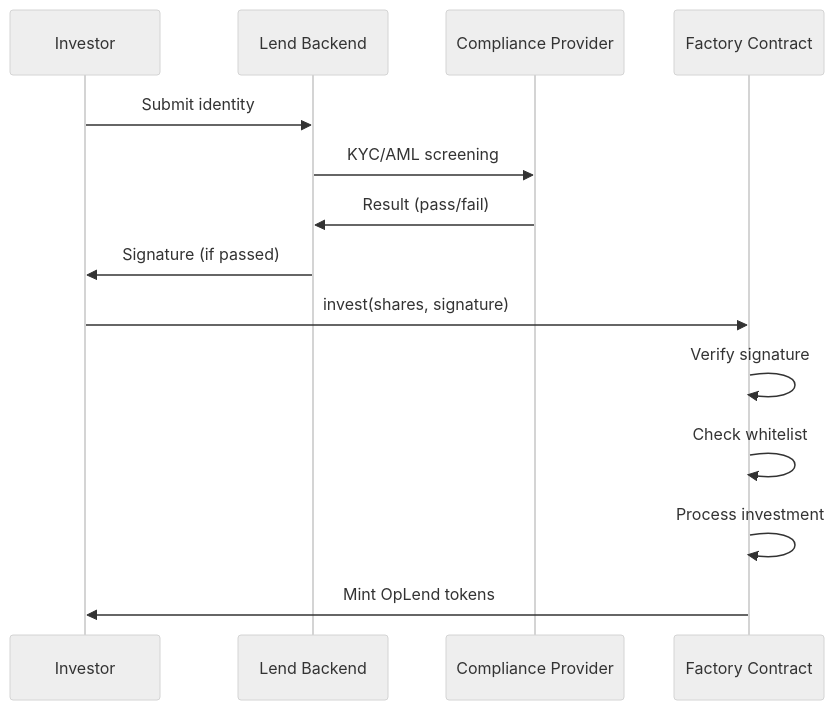
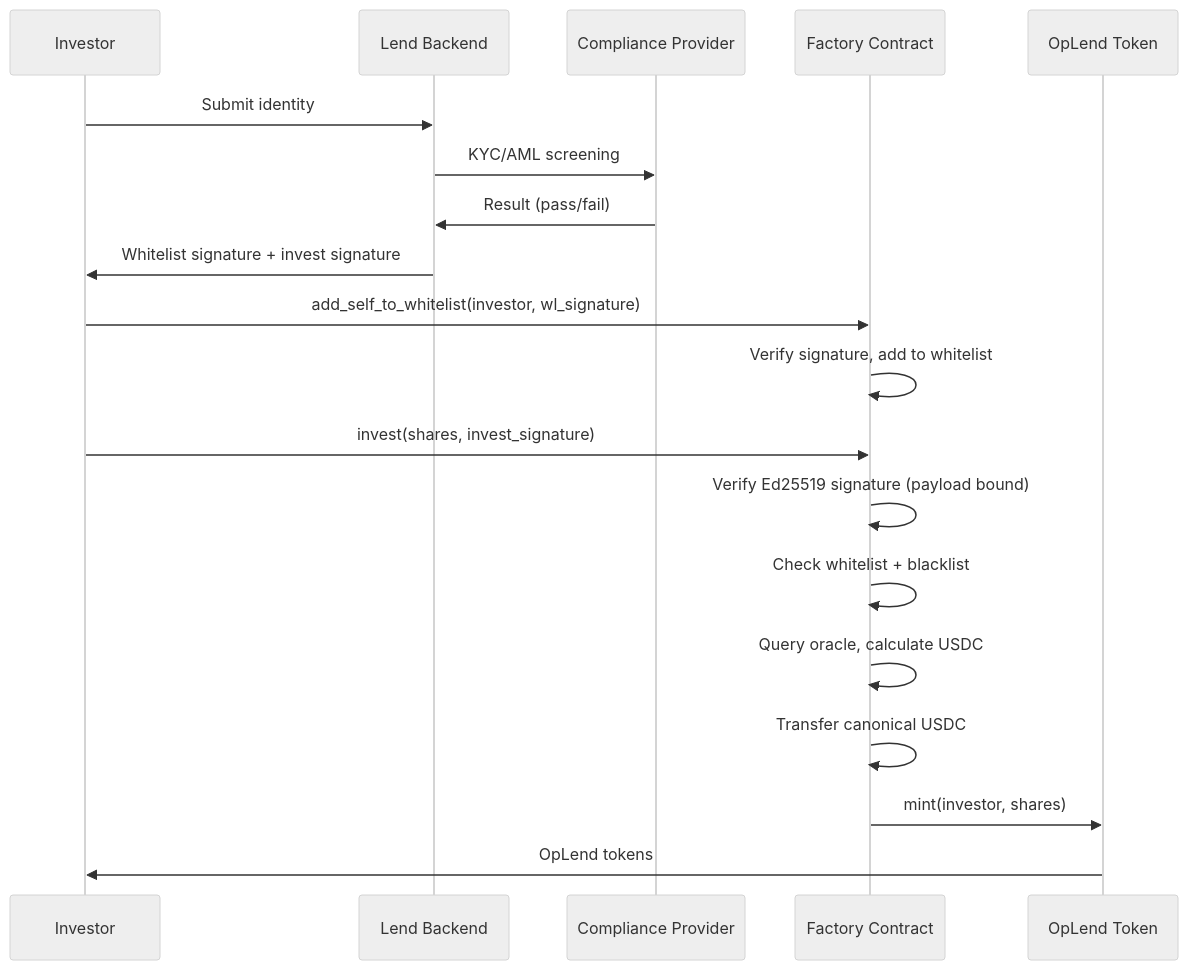
Before and after one commit to Blazirus66/lend-stellar-stack-review: the sixth of 9 diagrams in 01-technical-architecture.md, drawn with Mermaid (neutral theme). The commit also changed other lines of this file, not shown here.

First line of the commit message:
Integrate architecture review feedback — security, scalability, precision

````diff
--- a/01-technical-architecture.md
+++ b/01-technical-architecture.md
@@ -302,17 +415,22 @@
 ```mermaid
 sequenceDiagram
     participant I as Investor
     participant B as Lend Backend
     participant C as Compliance Provider
     participant F as Factory Contract
+    participant OPL as OpLend Token
 
     I->>B: Submit identity
     B->>C: KYC/AML screening
     C->>B: Result (pass/fail)
-    B->>I: Signature (if passed)
-    I->>F: invest(shares, signature)
-    F->>F: Verify signature
-    F->>F: Check whitelist
-    F->>F: Process investment
-    F->>I: Mint OpLend tokens
+    B->>I: Whitelist signature + invest signature
+    I->>F: add_self_to_whitelist(investor, wl_signature)
+    F->>F: Verify signature, add to whitelist
+    I->>F: invest(shares, invest_signature)
+    F->>F: Verify Ed25519 signature (payload bound)
+    F->>F: Check whitelist + blacklist
+    F->>F: Query oracle, calculate USDC
+    F->>F: Transfer canonical USDC
+    F->>OPL: mint(investor, shares)
+    OPL->>I: OpLend tokens
 ```
````
